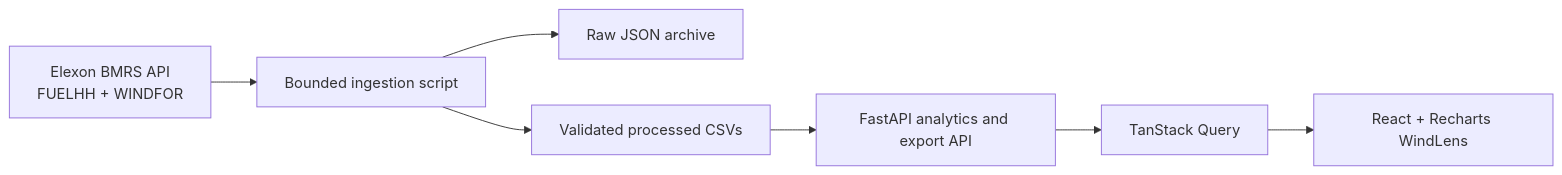
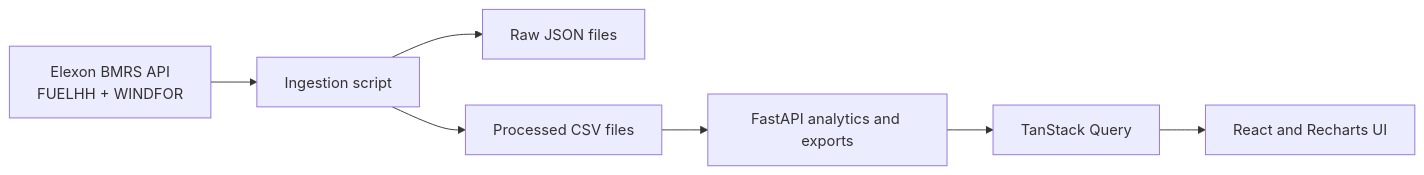
The diagram in docs/architecture.md (mdakram2002/qv7mk2-apk), drawn with Mermaid before and after one commit. The commit also changed other lines of this file and 7 other files, not shown here.

````diff
--- a/docs/architecture.md
+++ b/docs/architecture.md
@@ -3,9 +3,9 @@
 ```mermaid
 flowchart LR
- E[Elexon BMRS API<br/>FUELHH + WINDFOR] --> I[Bounded ingestion script]
- I --> R[Raw JSON archive]
- I --> P[Validated processed CSVs]
- P --> S[FastAPI analytics and export API]
+ E[Elexon BMRS API<br/>FUELHH + WINDFOR] --> I[Ingestion script]
+ I --> R[Raw JSON files]
+ I --> P[Processed CSV files]
+ P --> S[FastAPI analytics and exports]
  S --> Q[TanStack Query]
- Q --> U[React + Recharts WindLens]
+ Q --> U[React and Recharts UI]
 ```
````
